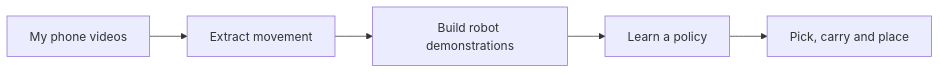
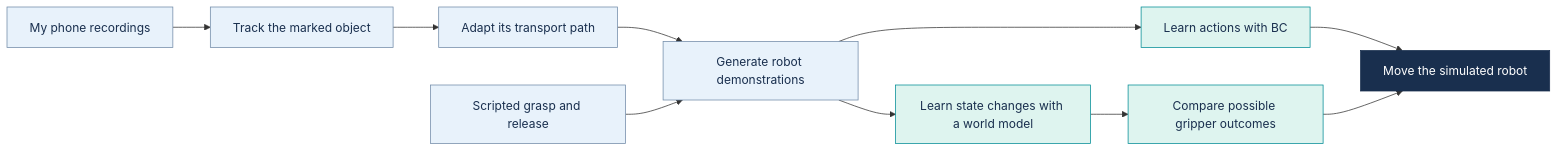
One commit to yiannisls/phone_to_robot_learning changed the diagram in README.md. Above: the diagram before and after it, drawn with Mermaid. The commit also changed other lines of this file, not shown here.

Commit message:
Restore the demonstration pipeline in the presentation

````diff
--- a/README.md
+++ b/README.md
@@ -55,7 +55,19 @@
 ```mermaid
 flowchart LR
-    A[My phone videos] --> B[Extract movement]
-    B --> C[Build robot demonstrations]
-    C --> D[Learn a policy]
-    D --> E[Pick, carry and place]
+    A[My phone recordings] --> B[Track the marked object]
+    B --> C[Adapt its transport path]
+    C --> D[Generate robot demonstrations]
+    S[Scripted grasp and release] --> D
+    D --> E[Learn actions with BC]
+    D --> F[Learn state changes with a world model]
+    E --> G[Move the simulated robot]
+    F --> H[Compare possible gripper outcomes]
+    H --> G
+
+    classDef data fill:#e8f2fb,stroke:#718ba8,color:#192f4e
+    classDef learned fill:#def4ef,stroke:#008c95,color:#192f4e
+    classDef robot fill:#192f4e,stroke:#192f4e,color:#ffffff
+    class A,B,C,D,S data
+    class E,F,H learned
+    class G robot
 ```
````
